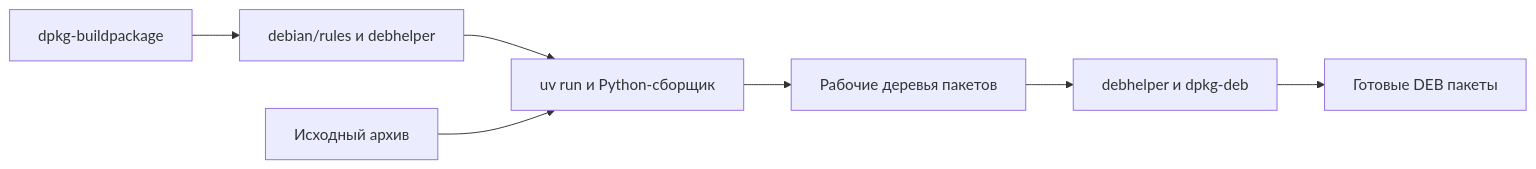
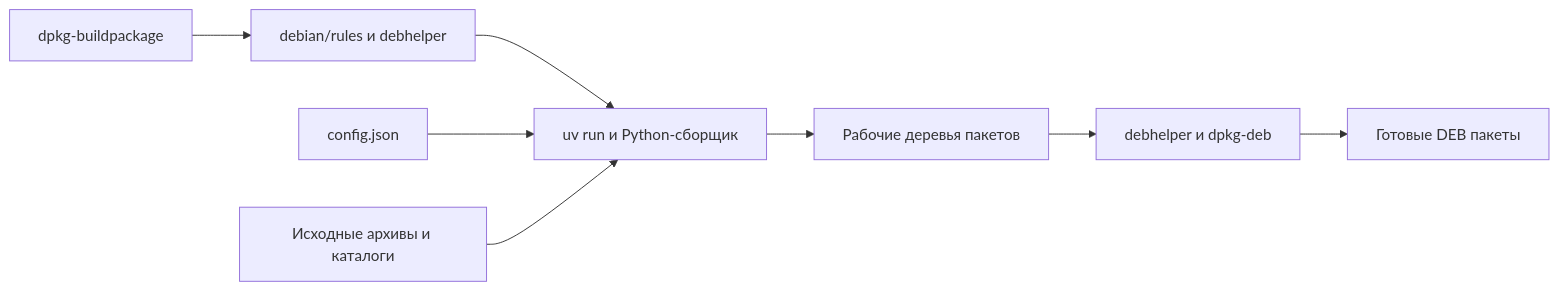
The diagram in research/package-builder-proposal.ru.md (CPiracy/PWServer), drawn with Mermaid before and after one commit. The commit also changed other lines of this file and 6 other files, not shown here.

````diff
--- a/research/package-builder-proposal.ru.md
+++ b/research/package-builder-proposal.ru.md
@@ -17,9 +17,10 @@
 ```mermaid
 flowchart LR
     Start["dpkg-buildpackage"] --> Rules["debian/rules и debhelper"]
     Rules --> Prepare["uv run и Python-сборщик"]
-    Archive["Исходный архив"] --> Prepare
+    Config["config.json"] --> Prepare
+    Sources["Исходные архивы и каталоги"] --> Prepare
     Prepare --> Trees["Рабочие деревья пакетов"]
     Trees --> Pack["debhelper и dpkg-deb"]
     Pack --> Deb["Готовые DEB пакеты"]
 ```
````
